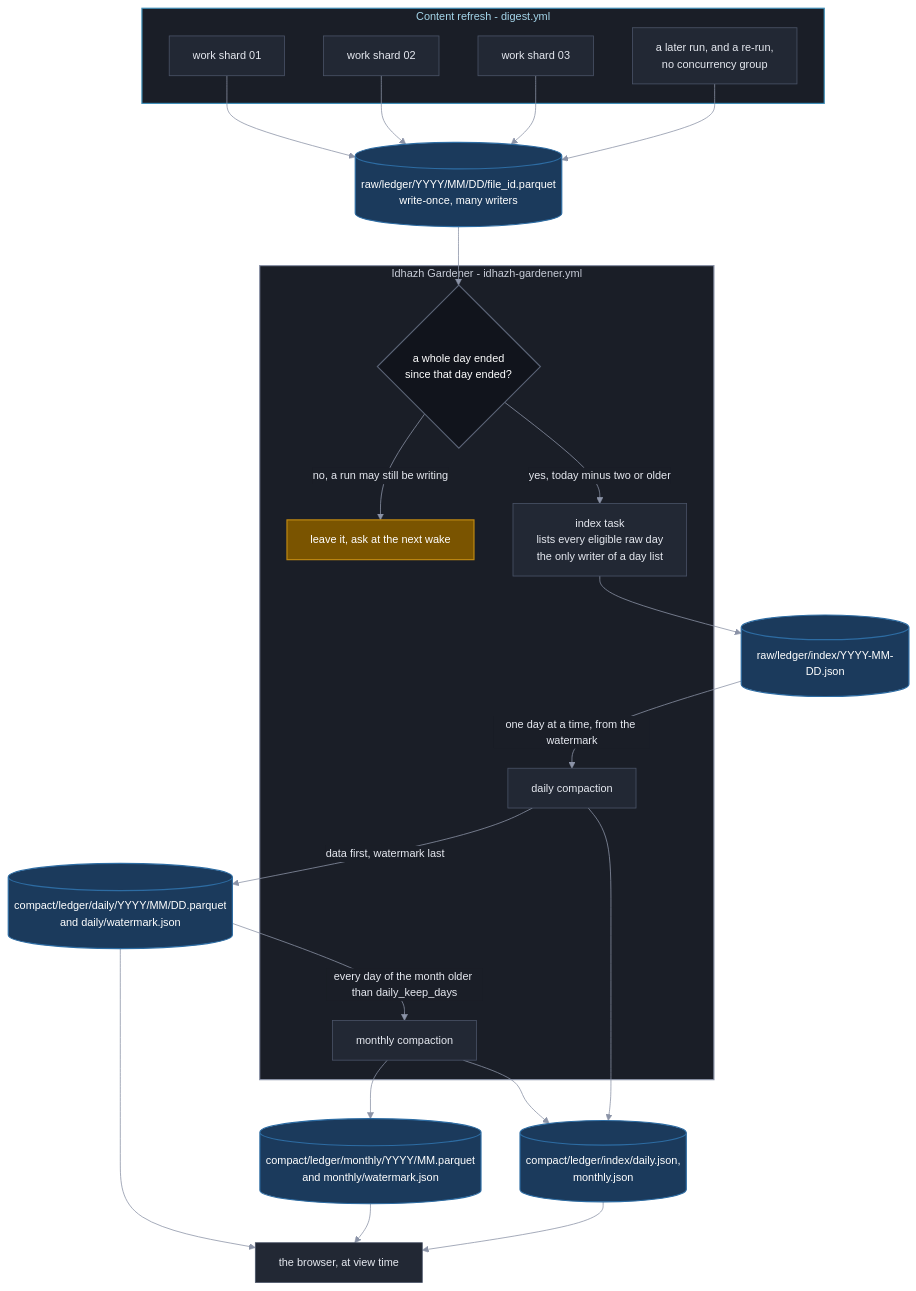
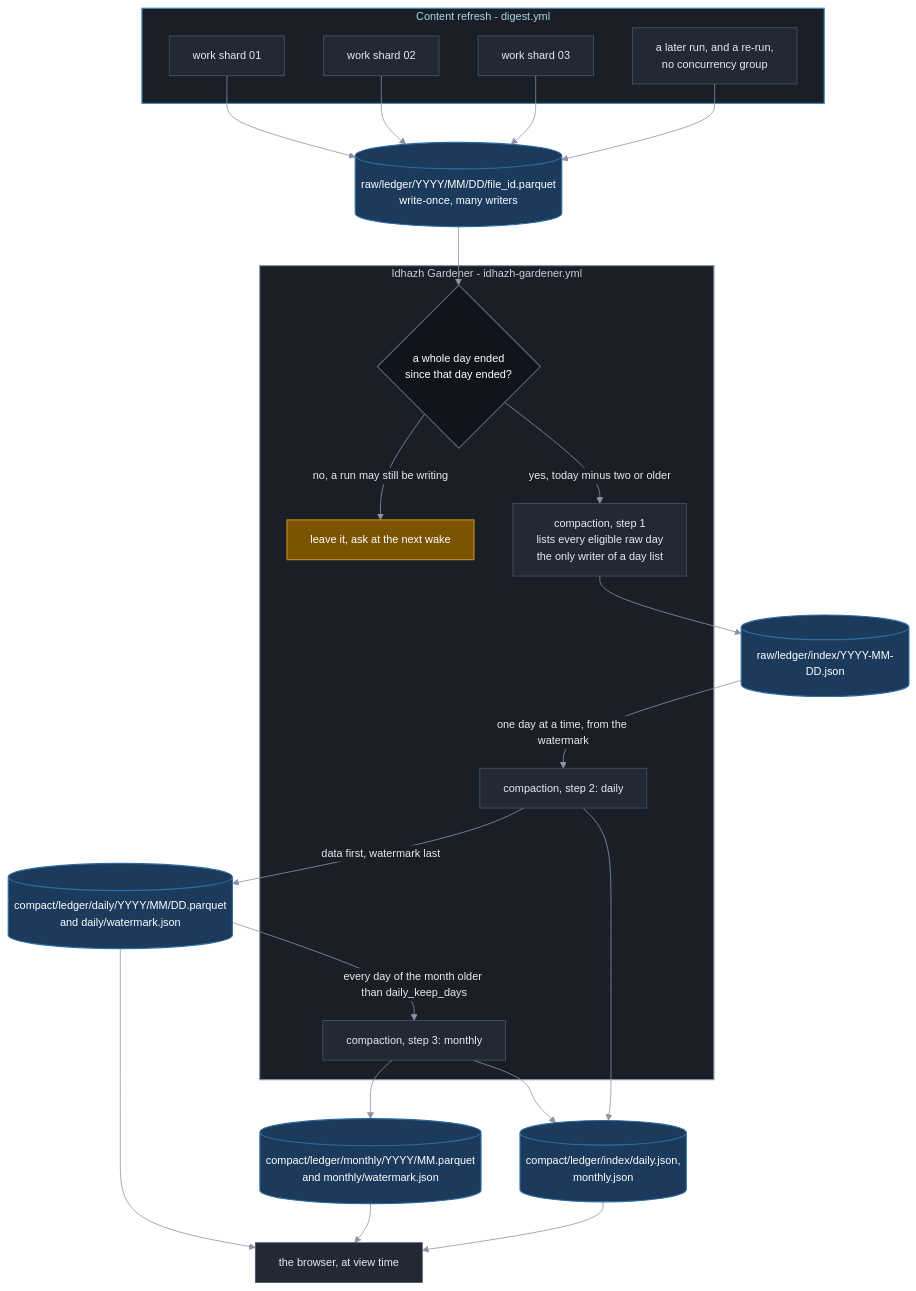
Before and after one commit to miztiik/yen-idhazh: the second of 2 diagrams in TODO/20260924-50-idhazh-gardener-plan.md, drawn with Mermaid. The commit also changed other lines of this file and 2 other files, not shown here.

````diff
--- a/TODO/20260924-50-idhazh-gardener-plan.md
+++ b/TODO/20260924-50-idhazh-gardener-plan.md
@@ -246,58 +246,58 @@
 ```mermaid
 %%{init: {"theme": "base", "themeVariables": {"background": "#0f1117", "primaryColor": "#222834", "primaryTextColor": "#e6e9f0", "primaryBorderColor": "#4b5468", "lineColor": "#8b93a7", "textColor": "#e6e9f0", "clusterBkg": "#1a1e27", "clusterBorder": "#3a4254", "titleColor": "#e6e9f0", "edgeLabelBackground": "#1a1e27", "fontSize": "14px"}}}%%
 flowchart TB
   subgraph REFRESH["Content refresh - digest.yml"]
     W1["work shard 01"]
     W2["work shard 02"]
     W3["work shard 03"]
     WN["a later run, and a re-run,<br/>no concurrency group"]
   end
 
 RAWF[("raw/ledger/YYYY/MM/DD/file_id.parquet<br/>write-once, many writers")]
 
   subgraph GARDEN["Idhazh Gardener - idhazh-gardener.yml"]
-    IDXJOB["index task<br/>lists every eligible raw day<br/>the only writer of a day list"]
+    IDXJOB["compaction, step 1<br/>lists every eligible raw day<br/>the only writer of a day list"]
     GATE{"a whole day ended<br/>since that day ended?"}
     HOLD["leave it, ask at the next wake"]
-    CD["daily compaction"]
-    CM["monthly compaction"]
+    CD["compaction, step 2: daily"]
+    CM["compaction, step 3: monthly"]
   end
 
   RIDXF[("raw/ledger/index/YYYY-MM-DD.json")]
   DAILY[("compact/ledger/daily/YYYY/MM/DD.parquet<br/>and daily/watermark.json")]
   MONTHLY[("compact/ledger/monthly/YYYY/MM.parquet<br/>and monthly/watermark.json")]
   CIDXF[("compact/ledger/index/daily.json,<br/>monthly.json")]
   READER["the browser, at view time"]
 
   W1 --> RAWF
   W2 --> RAWF
   W3 --> RAWF
   WN --> RAWF
   RAWF --> GATE
   GATE -->|"no, a run may still be writing"| HOLD
   GATE -->|"yes, today minus two or older"| IDXJOB
   IDXJOB --> RIDXF
   RIDXF -->|"one day at a time, from the watermark"| CD
   CD -->|"data first, watermark last"| DAILY
   DAILY -->|"every day of the month older than daily_keep_days"| CM
   CM --> MONTHLY
   CD --> CIDXF
   CM --> CIDXF
   MONTHLY --> READER
   DAILY --> READER
   CIDXF --> READER
 
   classDef stage fill:#222834,stroke:#4b5468,stroke-width:1px,color:#e6e9f0;
   classDef decision fill:#11141c,stroke:#5b6477,stroke-width:1.5px,color:#ffffff;
   classDef warn fill:#7a5400,stroke:#c08a12,stroke-width:1.5px,color:#ffffff;
   classDef ledger fill:#1b3a5c,stroke:#2d6ca3,stroke-width:1.5px,color:#ffffff;
   classDef sysOps fill:#1a1e27,stroke:#8b93a7,stroke-width:1.5px,color:#c8cdd8;
   classDef sysPublish fill:#1a1e27,stroke:#3f8fb8,stroke-width:1.5px,color:#a5d6ea;
 
   class W1,W2,W3,WN,IDXJOB,CD,CM,READER stage;
   class GATE decision;
   class HOLD warn;
   class RAWF,RIDXF,DAILY,MONTHLY,CIDXF ledger;
   class REFRESH sysPublish;
   class GARDEN sysOps;
 ```
````
